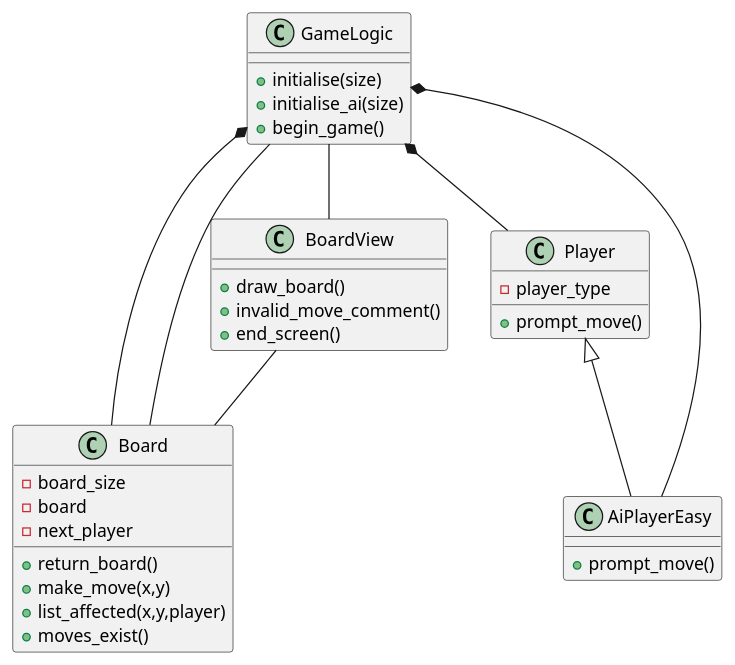
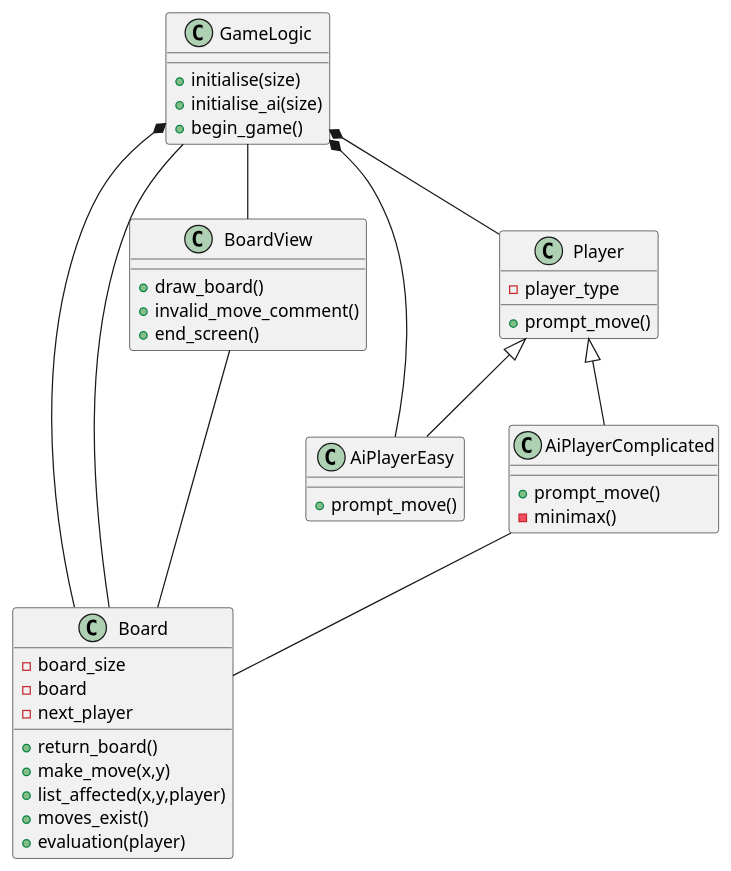
The diagram in princ_schema.puml (a4358/brightcode_practice), drawn with PlantUML before and after one commit.

Commit message:
updated chart to reflect minimax  ai introduction

```diff
--- a/princ_schema.puml
+++ b/princ_schema.puml
@@ -1,37 +1,45 @@
 @startuml reversi diagram
 class Board {
 -board_size
 -board
 -next_player
 +return_board()
 +make_move(x,y)
 +list_affected(x,y,player)
 +moves_exist()
++evaluation(player)
 }
 class BoardView {
 +draw_board()
 +invalid_move_comment()
 +end_screen()
 }
 
 class Player {
 -player_type
 +prompt_move()
 }
 class AiPlayerEasy {
 +prompt_move()
 }
 
+class AiPlayerComplicated {
++prompt_move()
+-minimax()
+}
+
 class GameLogic {
 +initialise(size)
 +initialise_ai(size)
 +begin_game()
 }
 GameLogic  *--  Board
 GameLogic  --  Board
 GameLogic  --  BoardView
 BoardView  --  Board
 Player <|-- AiPlayerEasy
+Player <|-- AiPlayerComplicated
+AiPlayerComplicated  --  Board
 GameLogic  *-- Player
 GameLogic  *-- AiPlayerEasy
 @enduml
```
